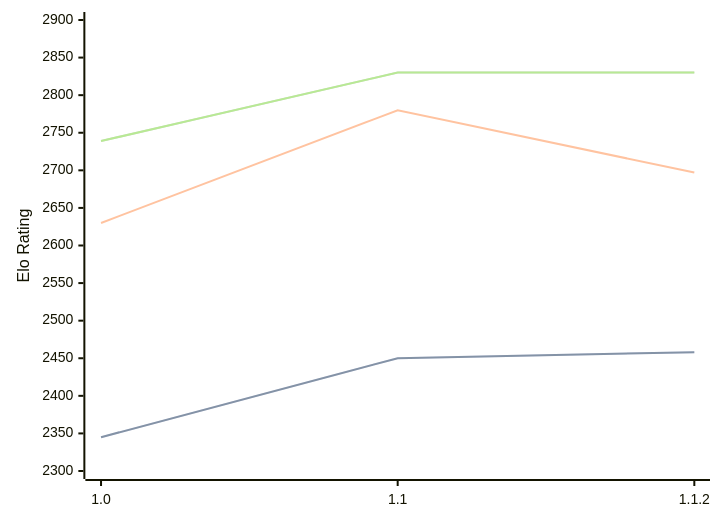
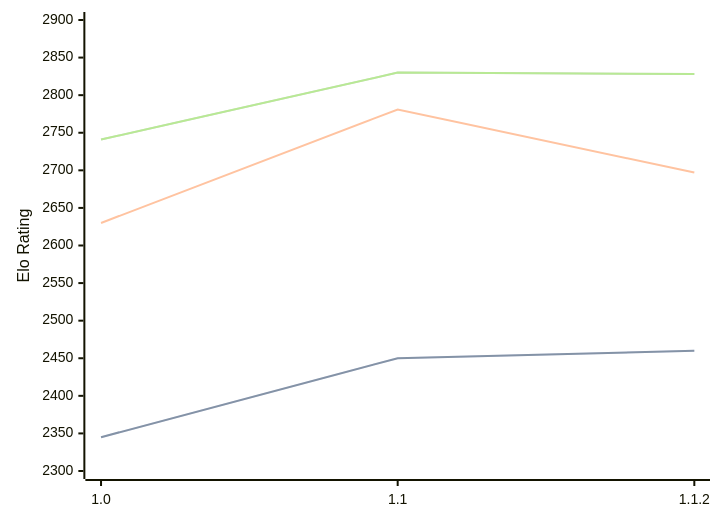
One commit to computer-chess-index/cci changed the diagram in engines/Casanchess.md. Above: the diagram before and after it, drawn with Mermaid. The commit also changed other lines of this file, not shown here.

Commit message:
Update CCI Ratings (ELO VLTC) - 2026-09-16

````diff
--- a/engines/Casanchess.md
+++ b/engines/Casanchess.md
@@ -33,11 +33,11 @@
 ```mermaid
 %%{init: {"theme":"base","themeVariables":{"seriesColors:['#a3a3a3','#222221','#faa371']}}}%%
 xychart-beta
   x-axis ["1.0", "1.1", "1.1.2"]
   y-axis "Elo Rating" 2300 --> 2900
-  line "" [2345, 2450, 2458]
-  line "STC (8.0+0.08s)" [2345, 2450, 2458]
-  line "LTC (60.0+0.60s)" [2630, 2780, 2697]
-  line "" [2739, 2830, 2830]
-  line "VLTC (2m24s+1.12s)" [2739, 2830, 2830]
+  line "" [2345, 2450, 2460]
+  line "STC (8.0+0.08s)" [2345, 2450, 2460]
+  line "LTC (60.0+0.60s)" [2630, 2781, 2697]
+  line "" [2741, 2830, 2828]
+  line "VLTC (2m24s+1.12s)" [2741, 2830, 2828]
 ```
````
